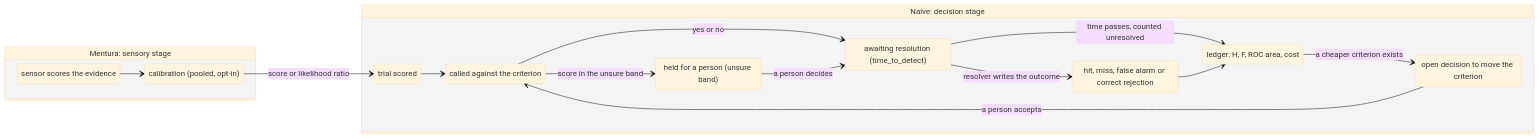
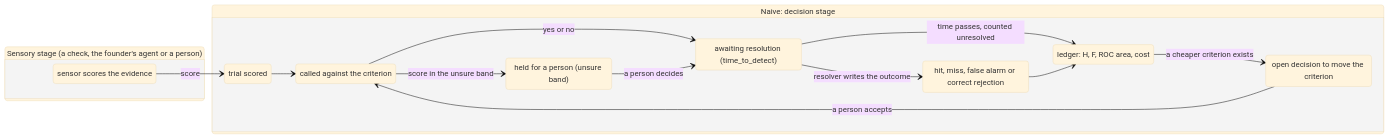
The diagram in docs/design/SIGNAL_DETECTION_2026-11-07.md (tchjhnsn/Naive), drawn with Mermaid (base theme) before and after one commit. The commit also changed other lines of this file, not shown here.

First line of the commit message:
Signal detection design: a filesystem install has every capability; no Mentura

````diff
--- a/docs/design/SIGNAL_DETECTION_2026-11-07.md
+++ b/docs/design/SIGNAL_DETECTION_2026-11-07.md
@@ -122,28 +128,26 @@
 ```mermaid
 stateDiagram-v2
   direction LR
-  state "Mentura: sensory stage" as M {
+  state "Sensory stage (a check, the founder's agent or a person)" as M {
     Sensor: sensor scores the evidence
-    Calibrate: calibration (pooled, opt-in)
-    Sensor --> Calibrate
   }
   state "Naive: decision stage" as N {
     Scored: trial scored
     Called: called against the criterion
     Held: held for a person (unsure band)
     Waiting: awaiting resolution (time_to_detect)
     Resolved: hit, miss, false alarm or correct rejection
     Ledger: ledger: H, F, ROC area, cost
     Proposal: open decision to move the criterion
     Scored --> Called
     Called --> Held: score in the unsure band
     Called --> Waiting: yes or no
     Held --> Waiting: a person decides
     Waiting --> Resolved: resolver writes the outcome
     Waiting --> Ledger: time passes, counted unresolved
     Resolved --> Ledger
     Ledger --> Proposal: a cheaper criterion exists
     Proposal --> Called: a person accepts
   }
-  Calibrate --> Scored: score or likelihood ratio
+  Sensor --> Scored: score
 ```
````
